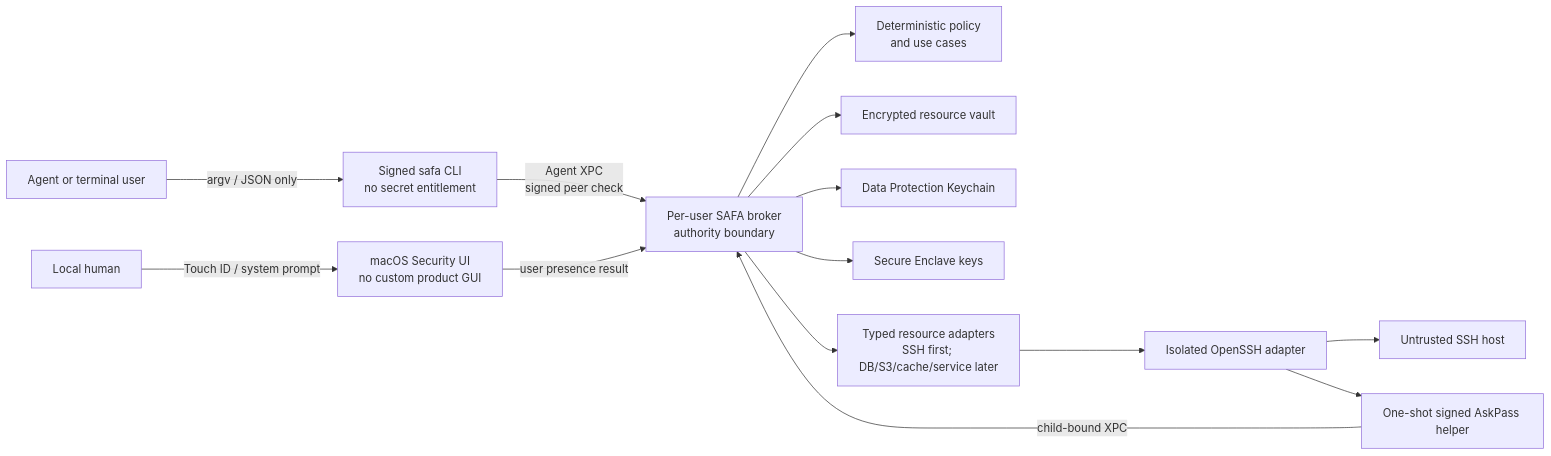
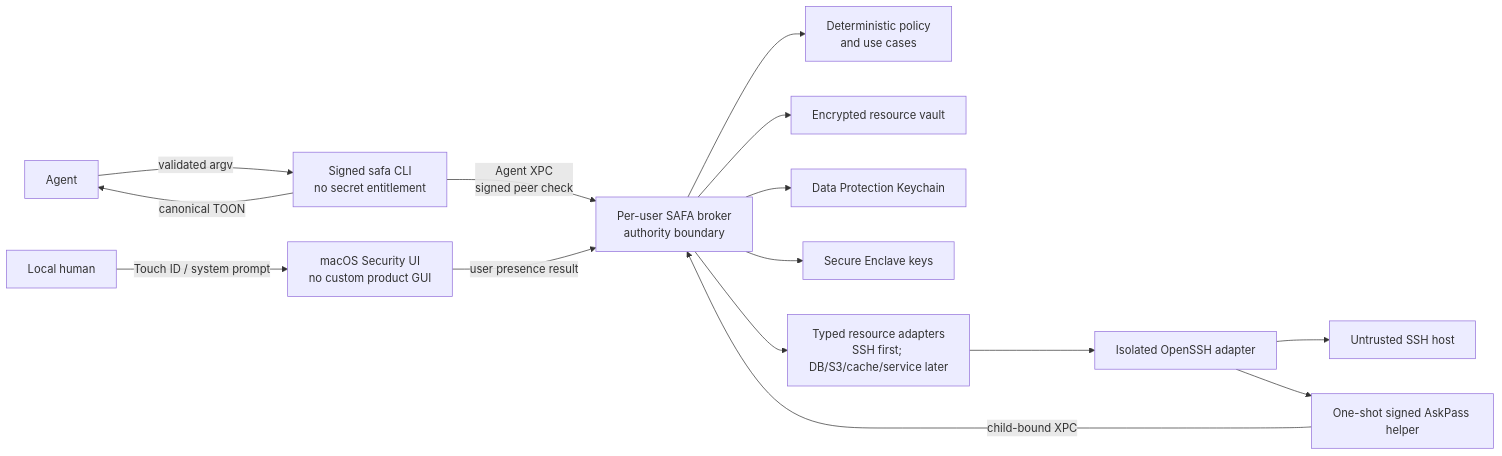
One commit to juju-w/safa-runtime changed the second of 2 diagrams in ARCHITECTURE.md. Above: the diagram before and after it, drawn with Mermaid. The commit also changed other lines of this file and 79 other files, not shown here.

Commit message:
feat(cli): implement AXI TOON v2 output

````diff
--- a/ARCHITECTURE.md
+++ b/ARCHITECTURE.md
@@ -103,16 +104,17 @@
 ```mermaid
 flowchart LR
-    Agent["Agent or terminal user"] -->|argv / JSON only| CLI["Signed safa CLI\nno secret entitlement"]
+    Agent["Agent"] -->|validated argv| CLI["Signed safa CLI\nno secret entitlement"]
+    CLI -->|canonical TOON| Agent
     CLI -->|Agent XPC\nsigned peer check| Broker["Per-user SAFA broker\nauthority boundary"]
     Human["Local human"] -->|Touch ID / system prompt| Native["macOS Security UI\nno custom product GUI"]
     Native -->|user presence result| Broker
     Broker --> Policy["Deterministic policy\nand use cases"]
     Broker --> Vault["Encrypted resource vault"]
     Broker --> Keychain["Data Protection Keychain"]
     Broker --> Enclave["Secure Enclave keys"]
     Broker --> Adapters["Typed resource adapters\nSSH first; DB/S3/cache/service later"]
     Adapters --> SSH["Isolated OpenSSH adapter"]
     SSH --> Remote["Untrusted SSH host"]
     SSH --> AskPass["One-shot signed AskPass helper"]
     AskPass -->|child-bound XPC| Broker
 ```
````
